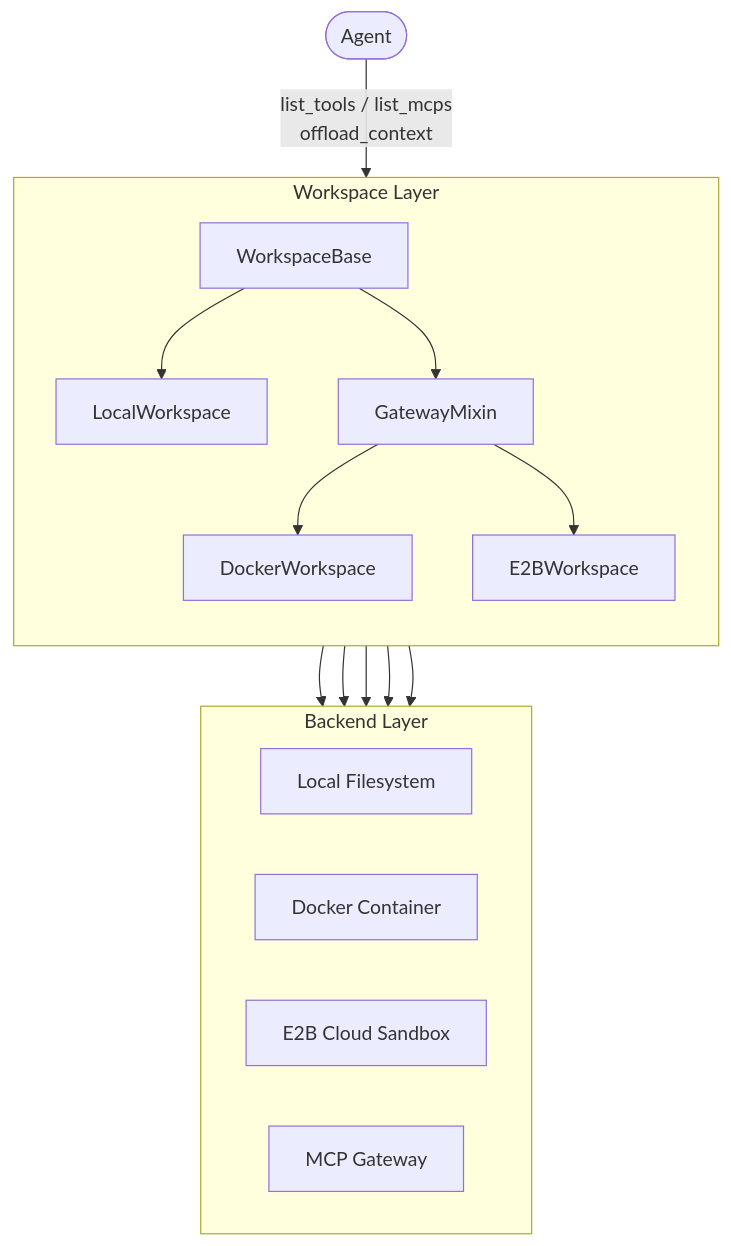
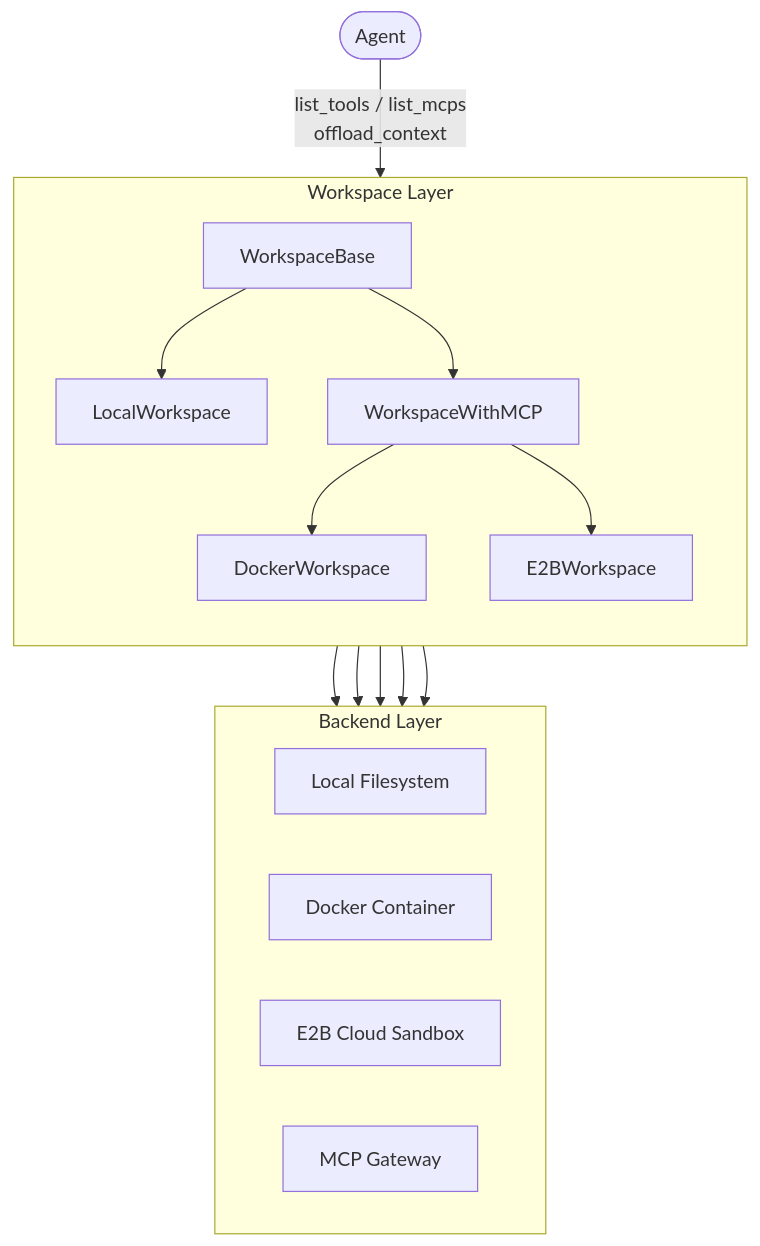
Before and after one commit to Osier-Yi/docs: the first of 6 diagrams in v2/building-blocks/workspace.mdx, drawn with Mermaid. The commit also changed other lines of this file, not shown here.

````diff
--- a/v2/building-blocks/workspace.mdx
+++ b/v2/building-blocks/workspace.mdx
@@ -27,32 +27,32 @@
 ```mermaid
 flowchart TB
     Agent([Agent])
 
     subgraph Workspace ["Workspace Layer"]
         direction TB
         WB[WorkspaceBase]
         LW[LocalWorkspace]
-        GM[GatewayMixin]
+        WM[WorkspaceWithMCP]
         DW[DockerWorkspace]
         EW[E2BWorkspace]
         WB --> LW
-        WB --> GM
-        GM --> DW
-        GM --> EW
+        WB --> WM
+        WM --> DW
+        WM --> EW
     end
 
     subgraph Backend ["Backend Layer"]
         direction LR
         FS[Local Filesystem]
         Docker[Docker Container]
         E2B[E2B Cloud Sandbox]
         GW[MCP Gateway]
     end
 
     Agent -- "list_tools / list_mcps\noffload_context" --> Workspace
     LW --> FS
     DW --> Docker
     EW --> E2B
     DW --> GW
     EW --> GW
 ```
````
